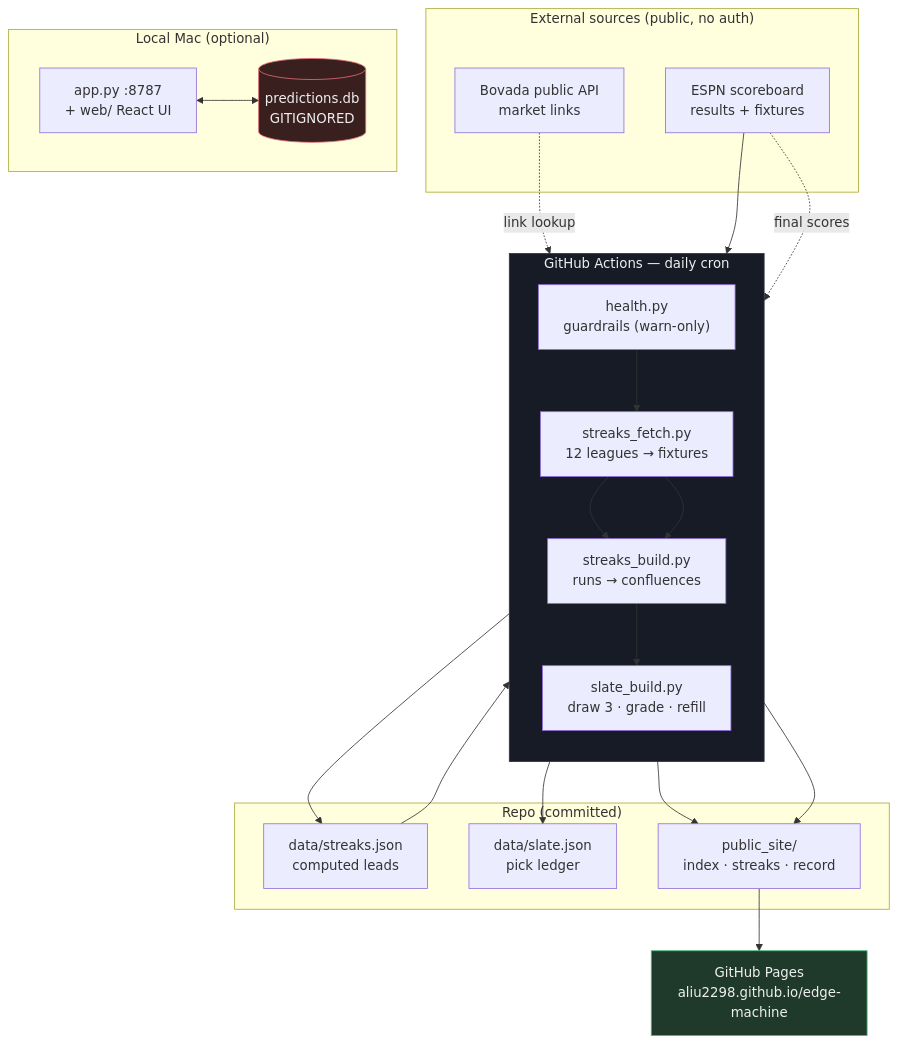
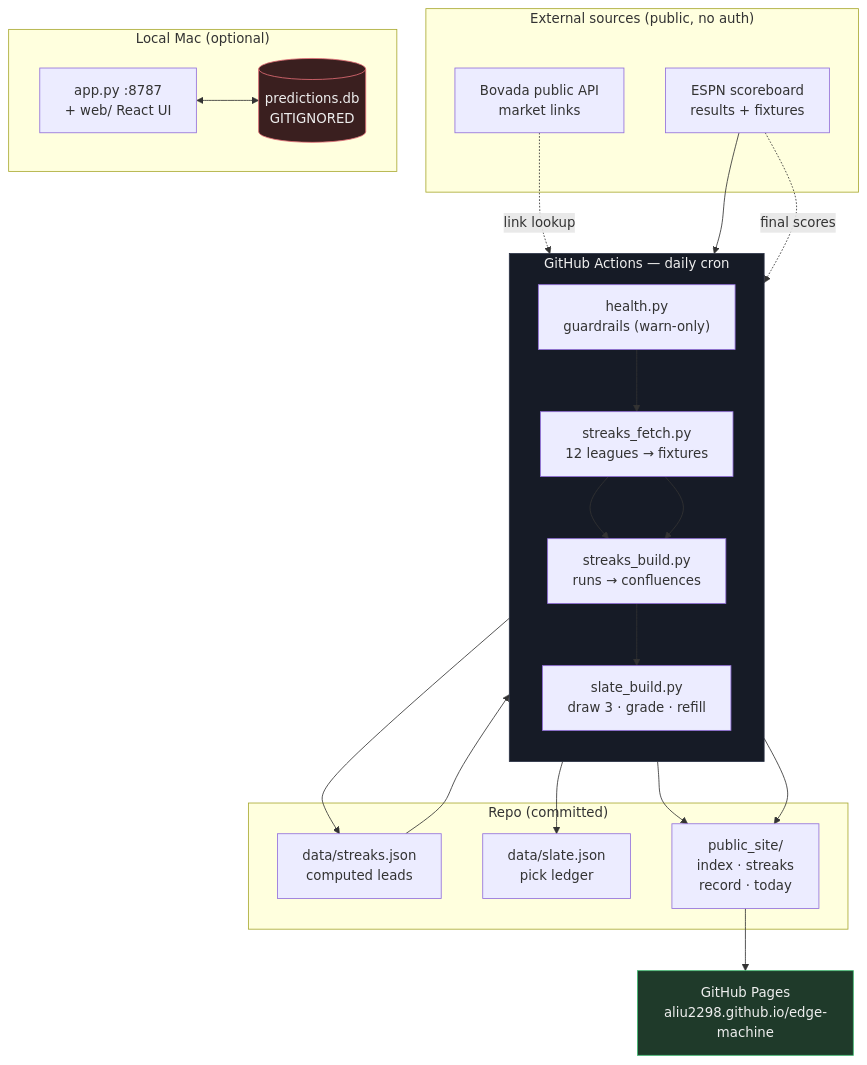
One commit to aliu2298/edge-machine changed the diagram in README.md. Above: the diagram before and after it, drawn with Mermaid. The commit also changed other lines of this file and 13 other files, not shown here.

First line of the commit message:
Promote Today to its own page beside Record

````diff
--- a/README.md
+++ b/README.md
@@ -17,42 +18,42 @@
 ```mermaid
 flowchart TB
     subgraph CI["GitHub Actions — daily cron"]
         direction TB
         HC["health.py<br/>guardrails (warn-only)"]
         SF["streaks_fetch.py<br/>12 leagues → fixtures"]
         SB["streaks_build.py<br/>runs → confluences"]
         SL["slate_build.py<br/>draw 3 · grade · refill"]
         HC --> SF --> SB --> SL
     end
 
     subgraph EXT["External sources (public, no auth)"]
         BOV["Bovada public API<br/>market links"]
         ESPN["ESPN scoreboard<br/>results + fixtures"]
     end
 
     subgraph REPO["Repo (committed)"]
         SJ["data/streaks.json<br/>computed leads"]
         SLJ["data/slate.json<br/>pick ledger"]
-        OUT["public_site/<br/>index · streaks · record"]
+        OUT["public_site/<br/>index · streaks<br/>record · today"]
     end
 
     subgraph LOCAL["Local Mac (optional)"]
         APP["app.py :8787<br/>+ web/ React UI"]
         DB[("predictions.db<br/>GITIGNORED")]
         APP <--> DB
     end
 
     BOV -.link lookup.-> SB
     ESPN --> SF
     ESPN -.final scores.-> SL
 
     SF --> SB --> SJ --> SL --> SLJ
     SB --> OUT
     SL --> OUT
 
     OUT --> PAGES["GitHub Pages<br/>aliu2298.github.io/edge-machine"]
 
     style DB fill:#3a1f1f,stroke:#e06c75,color:#eee
     style PAGES fill:#1f3a2a,stroke:#3fb970,color:#eee
     style CI fill:#161b26,stroke:#2b3245,color:#eee
 ```
````
